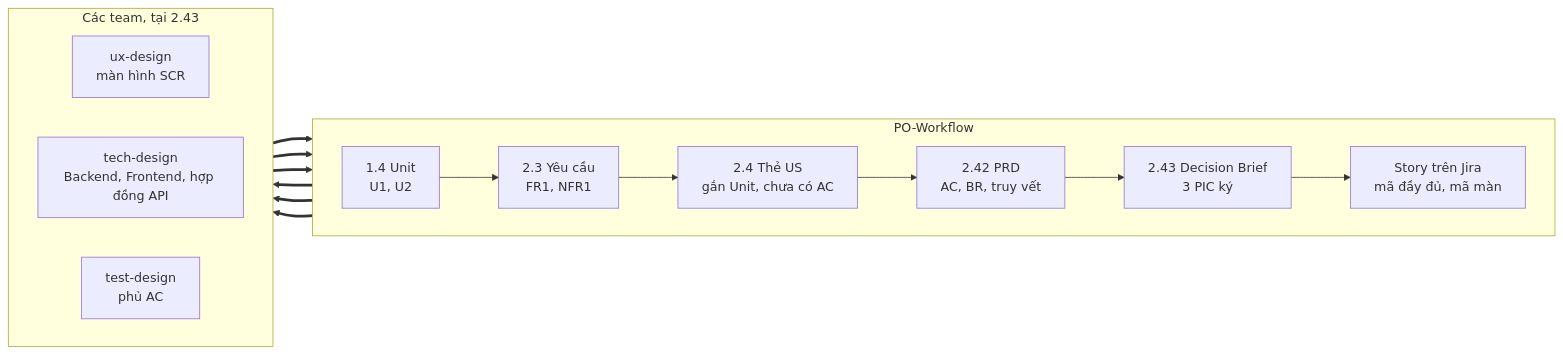
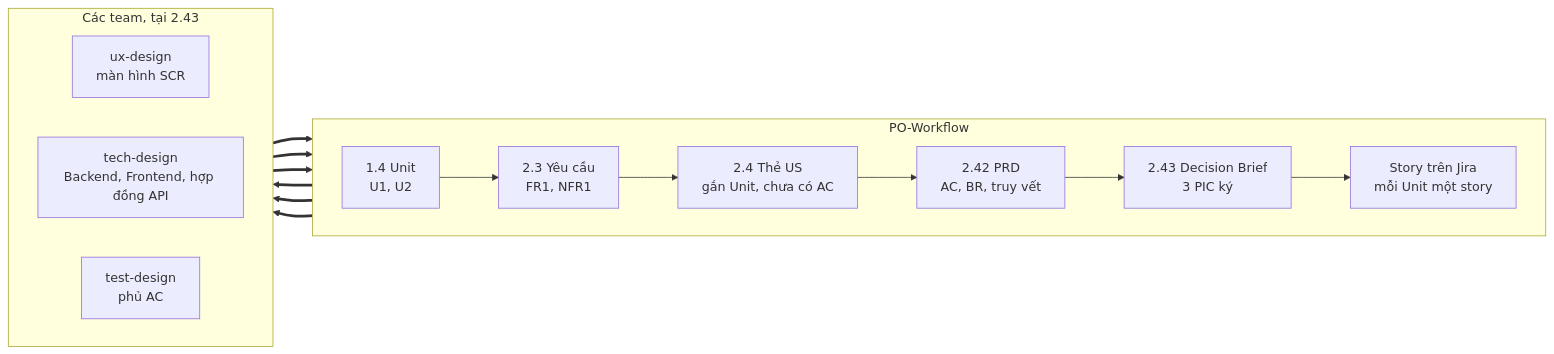
One commit to buidhui/po_workflow changed the second of 2 diagrams in README.md. Above: the diagram before and after it, drawn with Mermaid. The commit also changed other lines of this file and 42 other files, not shown here.

Commit message:
Map each Unit to one Jira story

````diff
--- a/README.md
+++ b/README.md
@@ -180,23 +180,23 @@
 ```mermaid
 flowchart LR
     subgraph PO["PO-Workflow"]
         direction LR
         S14["1.4 Unit<br/>U1, U2"] --> S23["2.3 Yêu cầu<br/>FR1, NFR1"]
         S23 --> S24["2.4 Thẻ US<br/>gắn Unit, chưa có AC"]
         S24 --> S242["2.42 PRD<br/>AC, BR, truy vết"]
         S242 --> DB["2.43 Decision Brief<br/>3 PIC ký"]
-        DB --> ST["Story trên Jira<br/>mã đầy đủ, mã màn"]
+        DB --> ST["Story trên Jira<br/>mỗi Unit một story"]
     end
     subgraph TEAMS["Các team, tại 2.43"]
         direction LR
         D["ux-design<br/>màn hình SCR"]
         T["tech-design<br/>Backend, Frontend, hợp đồng API"]
         Q["test-design<br/>phủ AC"]
     end
     S242 ==> D
     S242 ==> T
     S242 ==> Q
     D ==> DB
     T ==> DB
     Q ==> DB
 ```
````
